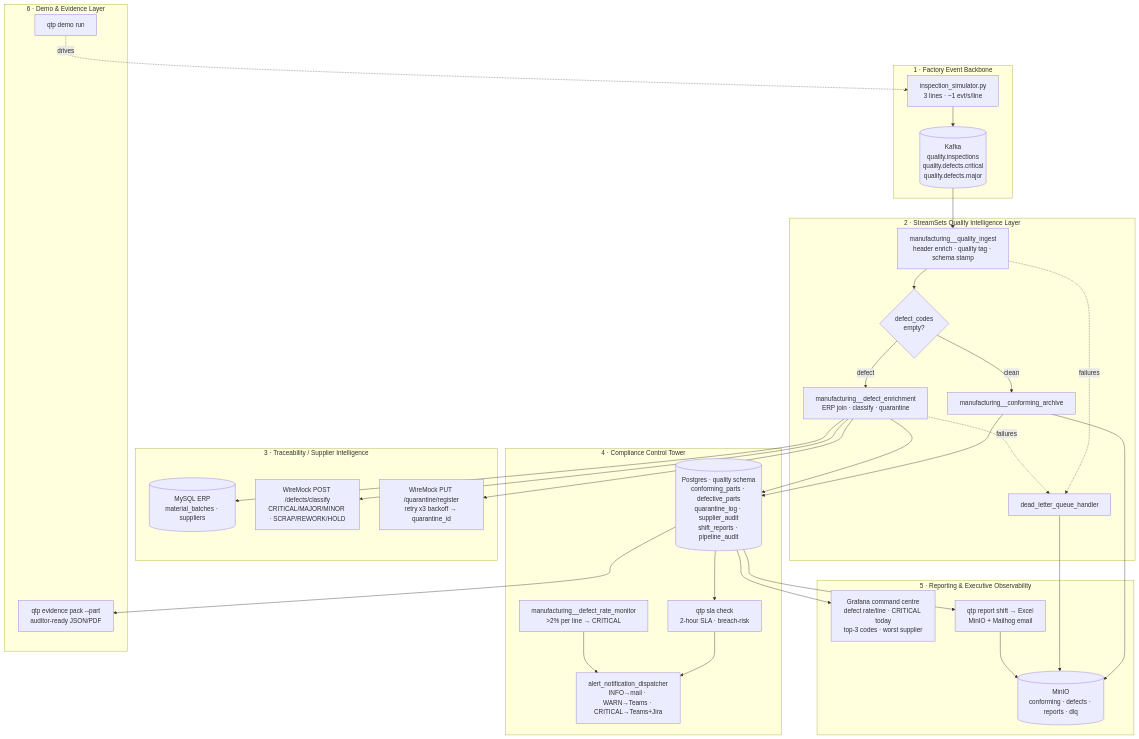
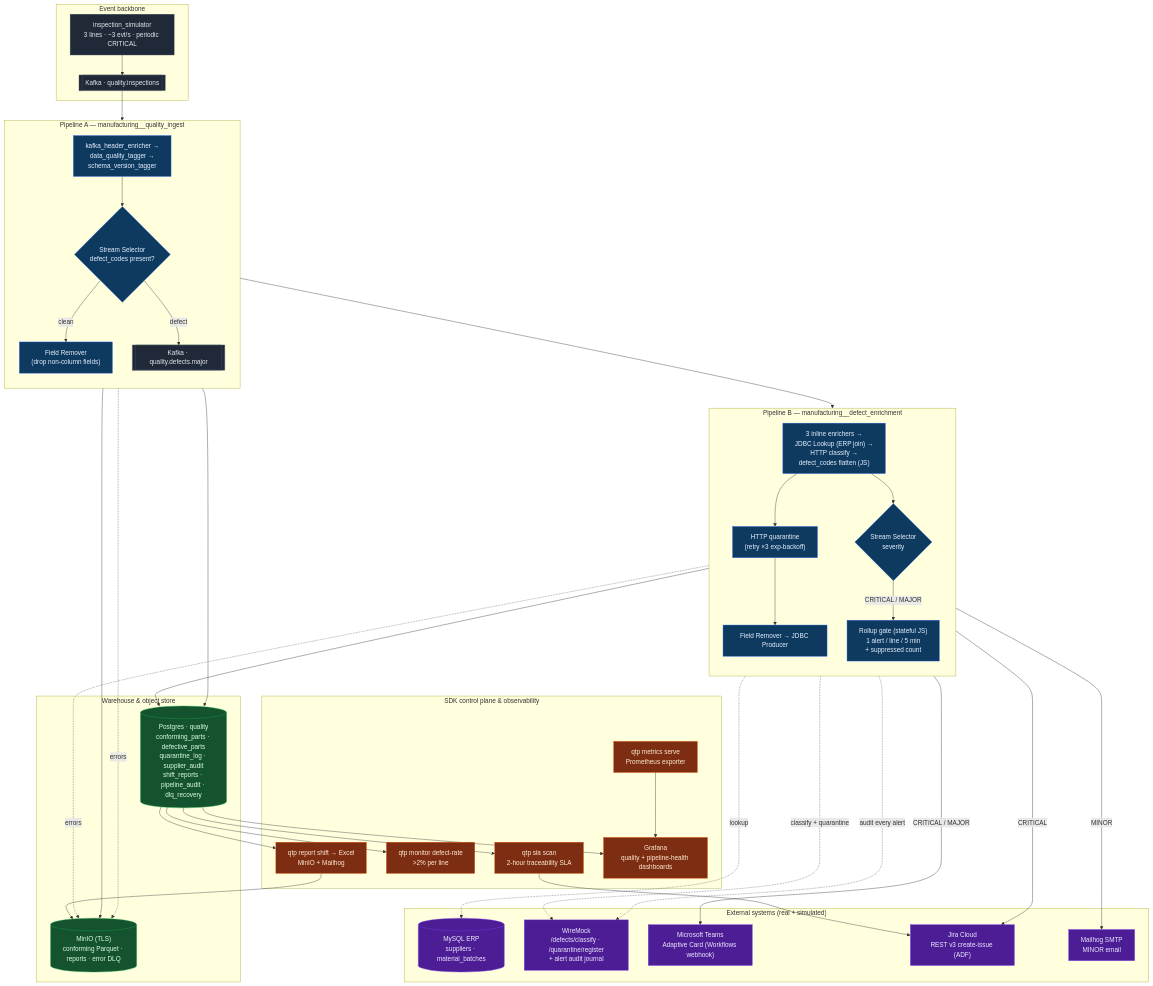
Before and after one commit to eman-fj/quality-traceability-platform: the diagram in diagrams/architecture.md, drawn with Mermaid. The commit also changed other lines of this file and 3 other files, not shown here.

Commit message:
docs: add README and system architecture diagrams

````diff
--- a/diagrams/architecture.md
+++ b/diagrams/architecture.md
@@ -6,60 +13,72 @@
 ```mermaid
 flowchart TB
-    subgraph L1["1 · Factory Event Backbone"]
-        SIM["inspection_simulator.py<br/>3 lines · ~1 evt/s/line"]
-        K[("Kafka<br/>quality.inspections<br/>quality.defects.critical<br/>quality.defects.major")]
-        SIM --> K
+    classDef src fill:#1f2937,stroke:#4b5563,color:#e5e7eb
+    classDef sdc fill:#0e3a5f,stroke:#2563eb,color:#e6f0ff
+    classDef store fill:#14532d,stroke:#16a34a,color:#dcfce7
+    classDef ext fill:#4c1d95,stroke:#7c3aed,color:#ede9fe
+    classDef obs fill:#7c2d12,stroke:#ea580c,color:#ffedd5
+
+    subgraph SRC["Event backbone"]
+        SIM["inspection_simulator<br/>3 lines · ~3 evt/s · periodic CRITICAL"]:::src
+        K1[["Kafka · quality.inspections"]]:::src
+        SIM --> K1
     end
 
-    subgraph L2["2 · StreamSets Quality Intelligence Layer"]
-        ING["manufacturing__quality_ingest<br/>header enrich · quality tag · schema stamp"]
-        ROUTE{"defect_codes<br/>empty?"}
-        ENR["manufacturing__defect_enrichment<br/>ERP join · classify · quarantine"]
-        ARC["manufacturing__conforming_archive"]
-        DLQ["dead_letter_queue_handler"]
-        K --> ING --> ROUTE
-        ROUTE -->|clean| ARC
-        ROUTE -->|defect| ENR
-        ING -. failures .-> DLQ
-        ENR -. failures .-> DLQ
+    subgraph P1["Pipeline A — manufacturing__quality_ingest"]
+        direction TB
+        A_ENR["kafka_header_enricher →<br/>data_quality_tagger →<br/>schema_version_tagger"]:::sdc
+        A_SEL{"Stream Selector<br/>defect_codes present?"}:::sdc
+        A_FR["Field Remover<br/>(drop non-column fields)"]:::sdc
+        K1 --> A_ENR --> A_SEL
+        A_SEL -->|clean| A_FR
+        A_SEL -->|defect| K2[["Kafka · quality.defects.major"]]:::src
     end
 
-    subgraph L3["3 · Traceability / Supplier Intelligence"]
-        ERP[("MySQL ERP<br/>material_batches · suppliers")]
-        CLS["WireMock POST /defects/classify<br/>CRITICAL/MAJOR/MINOR · SCRAP/REWORK/HOLD"]
-        QAR["WireMock PUT /quarantine/register<br/>retry x3 backoff → quarantine_id"]
-        ENR --> ERP
-        ENR --> CLS
-        ENR --> QAR
+    subgraph P2["Pipeline B — manufacturing__defect_enrichment"]
+        direction TB
+        B_ENR["3 inline enrichers →<br/>JDBC Lookup (ERP join) →<br/>HTTP classify →<br/>defect_codes flatten (JS)"]:::sdc
+        B_Q["HTTP quarantine<br/>(retry ×3 exp-backoff)"]:::sdc
+        B_ASEL{"Stream Selector<br/>severity"}:::sdc
+        B_GATE["Rollup gate (stateful JS)<br/>1 alert / line / 5 min<br/>+ suppressed count"]:::sdc
+        K2 --> B_ENR --> B_Q --> B_FR2["Field Remover → JDBC Producer"]:::sdc
+        B_ENR --> B_ASEL
+        B_ASEL -->|CRITICAL / MAJOR| B_GATE
     end
 
-    subgraph L4["4 · Compliance Control Tower"]
-        PG[("Postgres · quality schema<br/>conforming_parts · defective_parts<br/>quarantine_log · supplier_audit<br/>shift_reports · pipeline_audit")]
-        SLA["qtp sla check<br/>2-hour SLA · breach-risk"]
-        ALERT["alert_notification_dispatcher<br/>INFO→mail · WARN→Teams · CRITICAL→Teams+Jira"]
-        RATE["manufacturing__defect_rate_monitor<br/>>2% per line → CRITICAL"]
-        ARC --> PG
-        ENR --> PG
-        PG --> SLA
-        SLA --> ALERT
-        RATE --> ALERT
+    subgraph EXT["External systems (real + simulated)"]
+        ERP[("MySQL ERP<br/>suppliers · material_batches")]:::ext
+        WM["WireMock<br/>/defects/classify · /quarantine/register<br/>+ alert audit journal"]:::ext
+        TEAMS["Microsoft Teams<br/>Adaptive Card (Workflows webhook)"]:::ext
+        JIRA["Jira Cloud<br/>REST v3 create-issue (ADF)"]:::ext
+        MAIL["Mailhog SMTP<br/>MINOR email"]:::ext
+        B_ENR -.lookup.-> ERP
+        B_ENR -.classify + quarantine.-> WM
+        B_GATE -->|CRITICAL| JIRA
+        B_GATE -->|CRITICAL / MAJOR| TEAMS
+        B_ASEL -->|MINOR| MAIL
+        B_GATE -.audit every alert.-> WM
     end
 
-    subgraph L5["5 · Reporting & Executive Observability"]
-        GRAF["Grafana command centre<br/>defect rate/line · CRITICAL today<br/>top-3 codes · worst supplier"]
-        RPT["qtp report shift → Excel<br/>MinIO + Mailhog email"]
-        MINIO[("MinIO<br/>conforming · defects · reports · dlq")]
-        PG --> GRAF
-        PG --> RPT
-        ARC --> MINIO
-        DLQ --> MINIO
-        RPT --> MINIO
+    subgraph STORE["Warehouse & object store"]
+        PG[("Postgres · quality<br/>conforming_parts · defective_parts<br/>quarantine_log · supplier_audit<br/>shift_reports · pipeline_audit · dlq_recovery")]:::store
+        MINIO[("MinIO (TLS)<br/>conforming Parquet · reports · error DLQ")]:::store
+        A_FR --> PG
+        A_FR --> MINIO
+        B_FR2 --> PG
+        A_ENR -. errors .-> MINIO
+        B_ENR -. errors .-> MINIO
     end
 
-    subgraph L6["6 · Demo & Evidence Layer"]
-        DEMO["qtp demo run"]
-        PACK["qtp evidence pack --part<br/>auditor-ready JSON/PDF"]
-        DEMO -.drives.-> SIM
-        PG --> PACK
+    subgraph OBS["SDK control plane & observability"]
+        SLA["qtp sla scan<br/>2-hour traceability SLA"]:::obs
+        MON["qtp monitor defect-rate<br/>>2% per line"]:::obs
+        RPT["qtp report shift → Excel<br/>MinIO + Mailhog"]:::obs
+        METRICS["qtp metrics serve<br/>Prometheus exporter"]:::obs
+        GRAF["Grafana<br/>quality + pipeline-health dashboards"]:::obs
+        PG --> SLA --> JIRA
+        PG --> MON
+        PG --> RPT --> MINIO
+        METRICS --> GRAF
+        PG --> GRAF
     end
 ```
````
